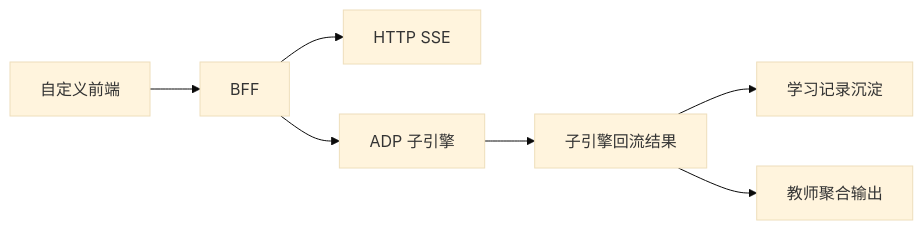
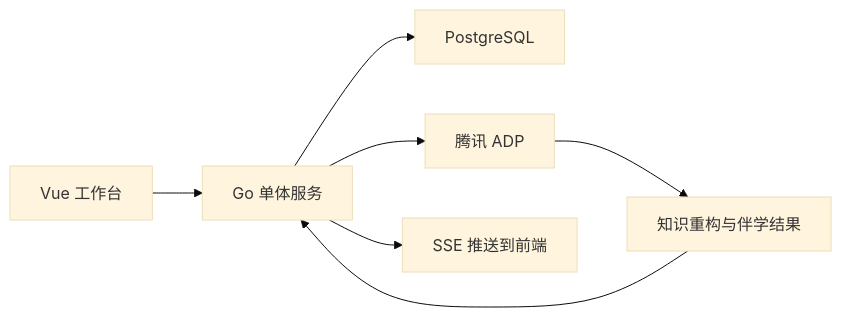
The diagram in doc/智能体文档/子引擎层/AI教师子引擎-技术方案.md (chenqsq/doc-showcase), drawn with Mermaid (base theme) before and after one commit. The commit also changed other lines of this file and 27 other files, not shown here.

````diff
--- a/doc/智能体文档/子引擎层/AI教师子引擎-技术方案.md
+++ b/doc/智能体文档/子引擎层/AI教师子引擎-技术方案.md
@@ -149,9 +86,9 @@
 ```mermaid
 flowchart LR
-    A[自定义前端] --> B[BFF]
-    B --> C[HTTP SSE]
-    B --> D[ADP 子引擎]
-    D --> E[子引擎回流结果]
-    E --> F[学习记录沉淀]
-    E --> G[教师聚合输出]
+    A[Vue 工作台] --> B[Go 单体服务]
+    B --> C[PostgreSQL]
+    B --> D[腾讯 ADP]
+    D --> E[知识重构与伴学结果]
+    E --> B
+    B --> F[SSE 推送到前端]
 ```
````
